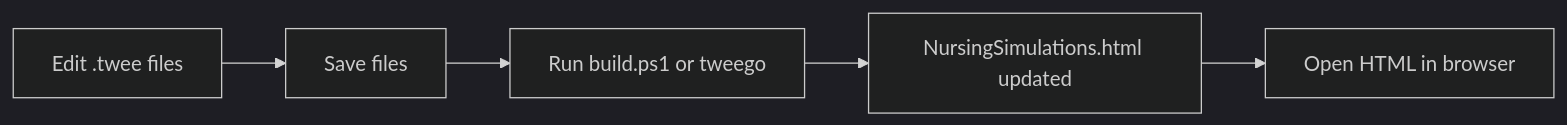
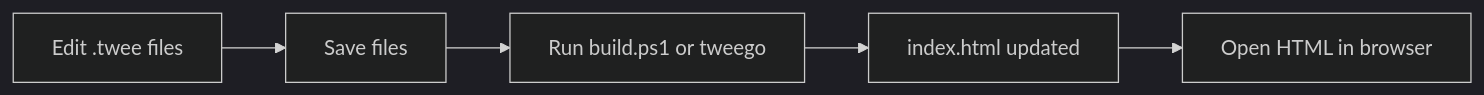
One commit to Prof-Parker/Twine-Simulation-App changed the diagram in Nursing Simulation README.md. Above: the diagram before and after it, drawn with Mermaid (dark theme). The commit also changed other lines of this file and 2 other files, not shown here.

First line of the commit message:
Rename build output to index.html for GitHub Pages.

````diff
--- a/Nursing Simulation README.md
+++ b/Nursing Simulation README.md
@@ -79,7 +86,7 @@
 ```mermaid
 flowchart LR
   edit[Edit .twee files] --> save[Save files]
   save --> build[Run build.ps1 or tweego]
-  build --> html[NursingSimulations.html updated]
+  build --> html[index.html updated]
   html --> test[Open HTML in browser]
 ```
````
